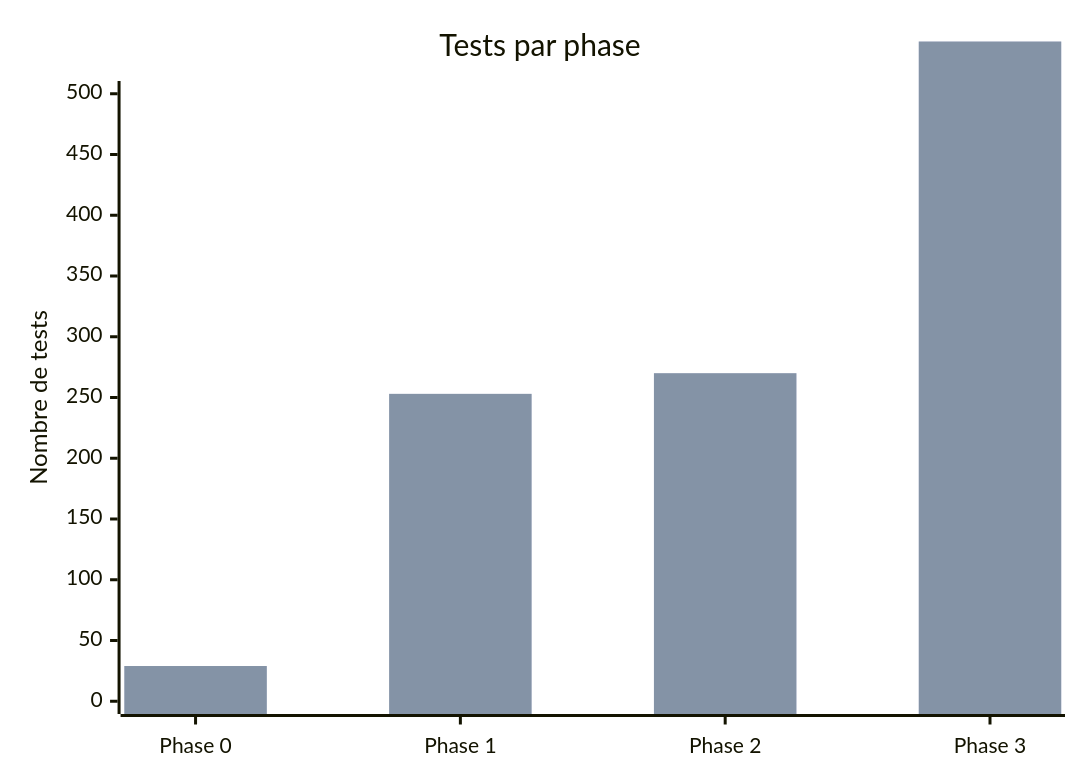
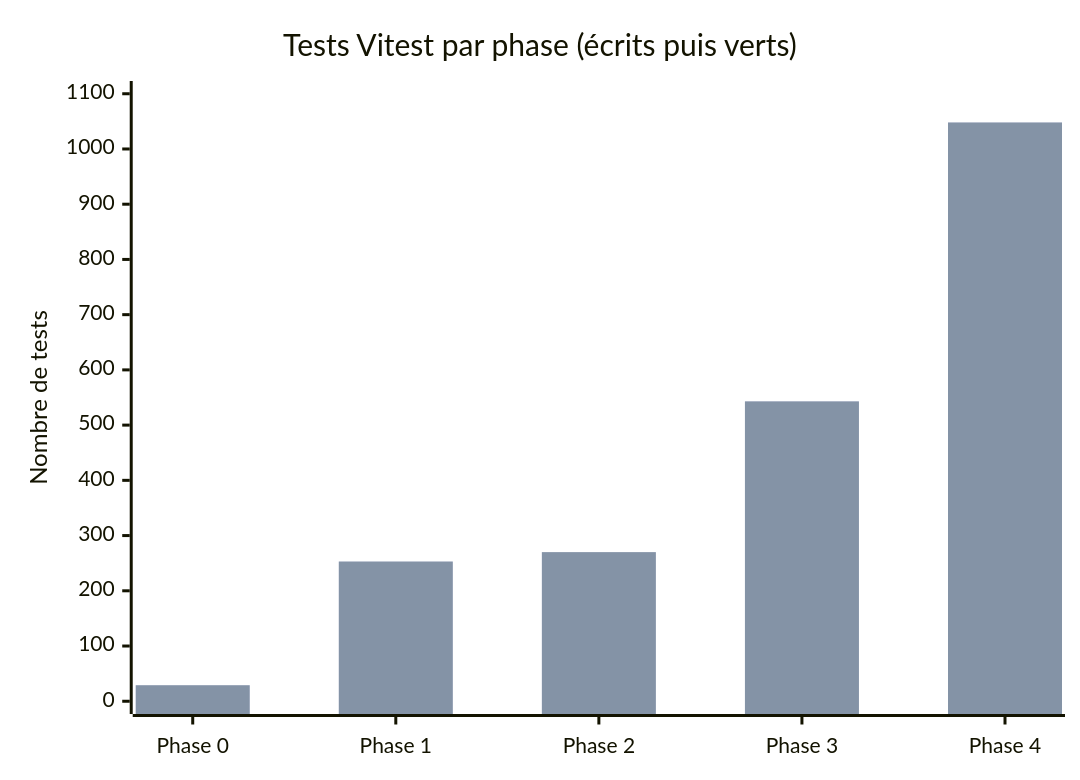
The fifth of 5 diagrams in docs/reports/TABLEAU-DE-BORD.md (lyon32/lyonpanel), drawn with Mermaid before and after one commit. The commit also changed other lines of this file and 98 other files, not shown here.

````diff
--- a/docs/reports/TABLEAU-DE-BORD.md
+++ b/docs/reports/TABLEAU-DE-BORD.md
@@ -125,8 +129,8 @@
 ```mermaid
 xychart-beta
-  title "Tests par phase"
-  x-axis ["Phase 0", "Phase 1", "Phase 2", "Phase 3"]
-  y-axis "Nombre de tests" 0 --> 500
-  bar [29, 253, 270, 543]
-  bar [29, 253, 270, 543]
+  title "Tests Vitest par phase (écrits puis verts)"
+  x-axis ["Phase 0", "Phase 1", "Phase 2", "Phase 3", "Phase 4"]
+  y-axis "Nombre de tests" 0 --> 1100
+  bar [29, 253, 270, 543, 1048]
+  bar [29, 253, 270, 543, 1048]
 ```
````
